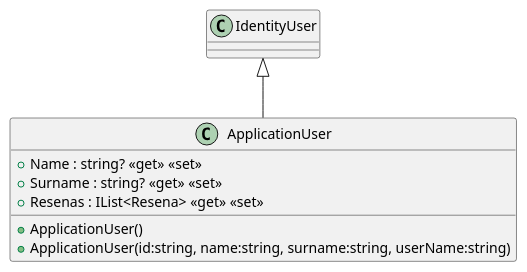
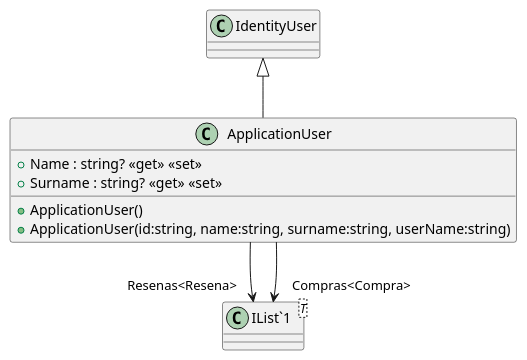
One commit to ISII2627LosGremlins/ISII2627LosGremlins changed the diagram in src/AppForSEII.API/ClassDiagram/ApplicationUser.puml. Above: the diagram before and after it, drawn with PlantUML. The commit also changed 17 other files, not shown here.

```diff
--- a/src/AppForSEII.API/ClassDiagram/ApplicationUser.puml
+++ b/src/AppForSEII.API/ClassDiagram/ApplicationUser.puml
@@ -1,10 +1,13 @@
 @startuml
 class ApplicationUser {
     + ApplicationUser()
     + ApplicationUser(id:string, name:string, surname:string, userName:string)
     + Name : string? <<get>> <<set>>
     + Surname : string? <<get>> <<set>>
-    + Resenas : IList<Resena> <<get>> <<set>>
+}
+class "IList`1"<T> {
 }
 IdentityUser <|-- ApplicationUser
+ApplicationUser --> "Resenas<Resena>" "IList`1"
+ApplicationUser --> "Compras<Compra>" "IList`1"
 @enduml
```
